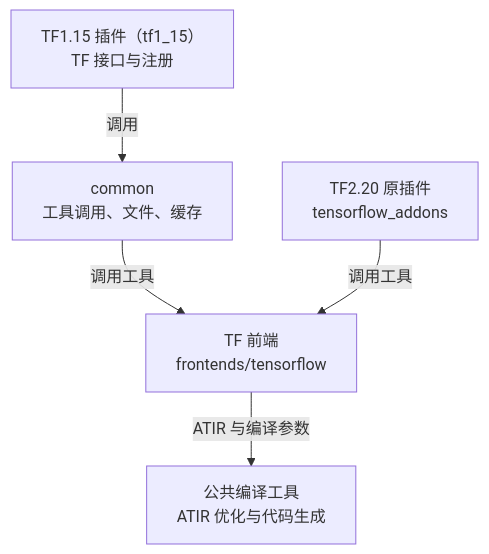
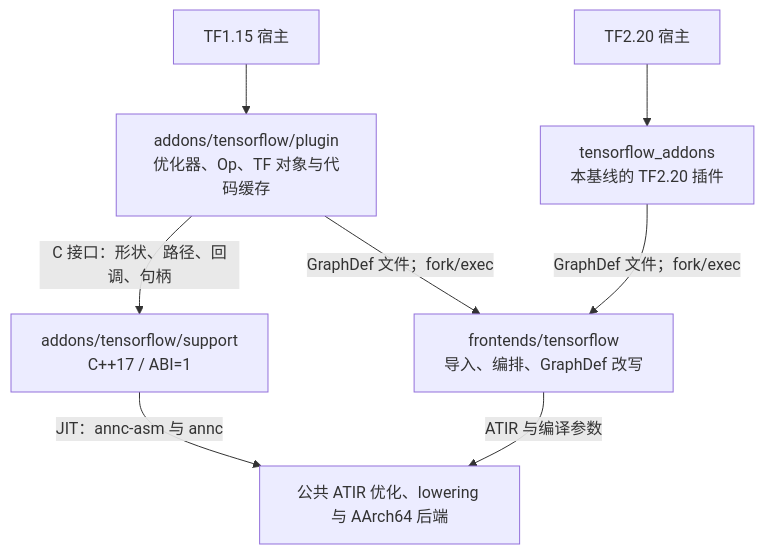
Before and after one commit to openeuler-mirror/ANNC: the first of 3 diagrams in docs/design/tensorflow-1-15-support/overall.md, drawn with Mermaid. The commit also changed other lines of this file and 13 other files, not shown here.

````diff
--- a/docs/design/tensorflow-1-15-support/overall.md
+++ b/docs/design/tensorflow-1-15-support/overall.md
@@ -34,9 +33,10 @@
 ```mermaid
 flowchart TB
-  TF115["TF1.15 插件（tf1_15）<br/>TF 接口与注册"]
-  TF115 -->|"调用"| Common["common<br/>工具调用、文件、缓存"]
-  TF220["TF2.20 原插件<br/>tensorflow_addons"]
-  Common -->|"调用工具"| Frontend["TF 前端<br/>frontends/tensorflow"]
-  TF220 -->|"调用工具"| Frontend
-  Frontend -->|"ATIR 与编译参数"| Compiler["公共编译工具<br/>ATIR 优化与代码生成"]
+  TF115["TF1.15 宿主"] --> Plugin["addons/tensorflow/plugin<br/>优化器、Op、TF 对象与代码缓存"]
+  Plugin -->|"C 接口：形状、路径、回调、句柄"| Support["addons/tensorflow/support<br/>C++17 / ABI=1"]
+  Plugin -->|"GraphDef 文件；fork/exec"| Frontend["frontends/tensorflow<br/>导入、编排、GraphDef 改写"]
+  TF220["TF2.20 宿主"] --> Legacy["tensorflow_addons<br/>本基线的 TF2.20 插件"]
+  Legacy -->|"GraphDef 文件；fork/exec"| Frontend
+  Frontend -->|"ATIR 与编译参数"| Compiler["公共 ATIR 优化、lowering 与 AArch64 后端"]
+  Support -->|"JIT：annc-asm 与 annc"| Compiler
 ```
````
